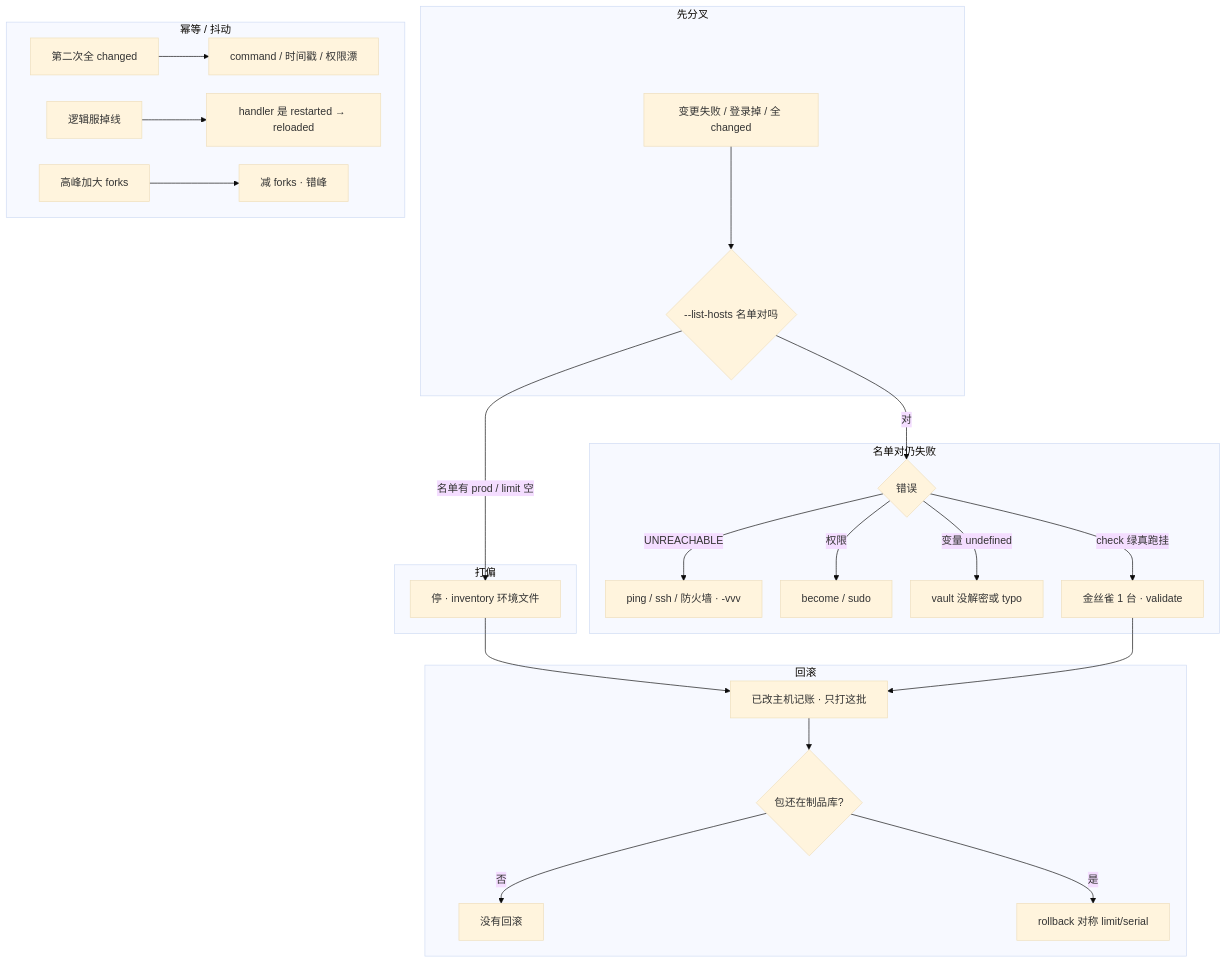
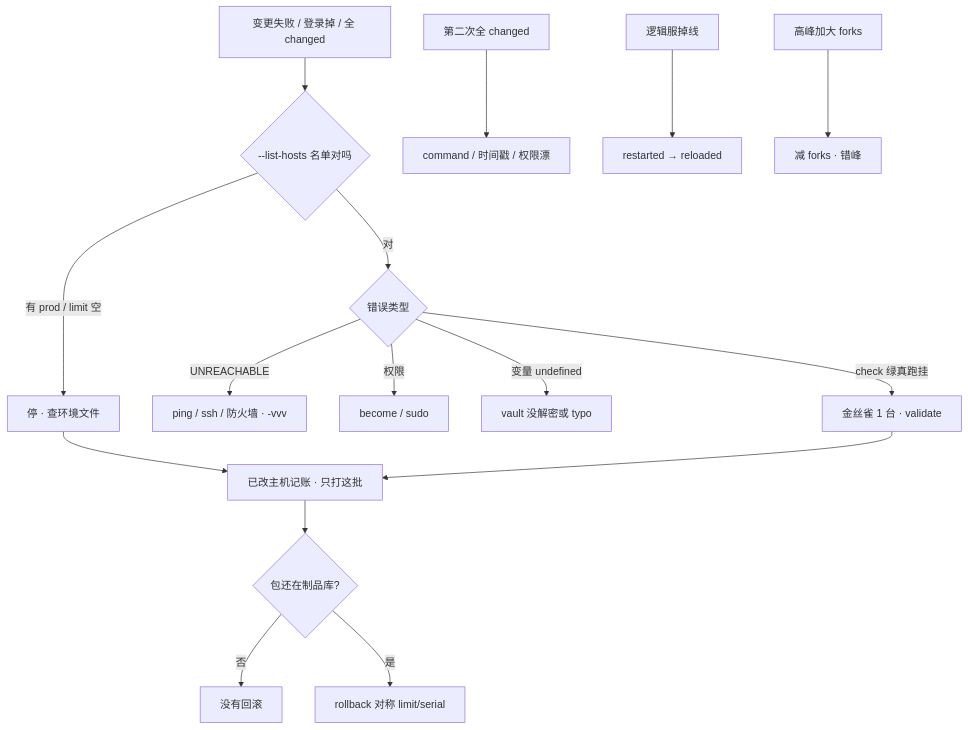
The fourth of 4 diagrams in 04-工程化与自动化/06-Ansible/知识点.md (ml-cuizijun/LearnToLilith), drawn with Mermaid before and after one commit. The commit also changed other lines of this file and 178 other files, not shown here.

````diff
--- a/04-工程化与自动化/06-Ansible/知识点.md
+++ b/04-工程化与自动化/06-Ansible/知识点.md
@@ -580,37 +360,18 @@
 ```mermaid
-%%{init: {"flowchart": {"padding": 16, "nodeSpacing": 28, "rankSpacing": 48}, "theme": "base"}}%%
 flowchart TB
-    subgraph gate ["先分叉"]
-        A[变更失败 / 登录掉 / 全 changed] --> B{--list-hosts 名单对吗}
-    end
-
-    subgraph who ["打偏"]
-        B -->|名单有 prod / limit 空| C[停 · inventory 环境文件]
-    end
-
-    subgraph fail ["名单对仍失败"]
-        B -->|对| D{错误}
-        D -->|UNREACHABLE| E[ping / ssh / 防火墙 · -vvv]
-        D -->|权限| F[become / sudo]
-        D -->|变量 undefined| G[vault 没解密或 typo]
-        D -->|check 绿真跑挂| H[金丝雀 1 台 · validate]
-    end
-
-    subgraph idemp ["幂等 / 抖动"]
-        I[第二次全 changed] --> J[command / 时间戳 / 权限漂]
-        K[逻辑服掉线] --> L[handler 是 restarted → reloaded]
-        M[高峰加大 forks] --> N[减 forks · 错峰]
-    end
-
-    subgraph rb ["回滚"]
-        C --> O[已改主机记账 · 只打这批]
-        H --> O
-        O --> P{包还在制品库?}
-        P -->|否| Q[没有回滚]
-        P -->|是| R[rollback 对称 limit/serial]
-    end
-
-    class C,Q bad
-    class R ok
-
+    A[变更失败 / 登录掉 / 全 changed] --> B{--list-hosts 名单对吗}
+    B -->|有 prod / limit 空| C[停 · 查环境文件]
+    B -->|对| D{错误类型}
+    D -->|UNREACHABLE| E[ping / ssh / 防火墙 · -vvv]
+    D -->|权限| F[become / sudo]
+    D -->|变量 undefined| G[vault 没解密或 typo]
+    D -->|check 绿真跑挂| H[金丝雀 1 台 · validate]
+    I[第二次全 changed] --> J[command / 时间戳 / 权限漂]
+    K[逻辑服掉线] --> L[restarted → reloaded]
+    M[高峰加大 forks] --> N[减 forks · 错峰]
+    C --> O[已改主机记账 · 只打这批]
+    H --> O
+    O --> P{包还在制品库?}
+    P -->|否| Q[没有回滚]
+    P -->|是| R[rollback 对称 limit/serial]
 ```
````
